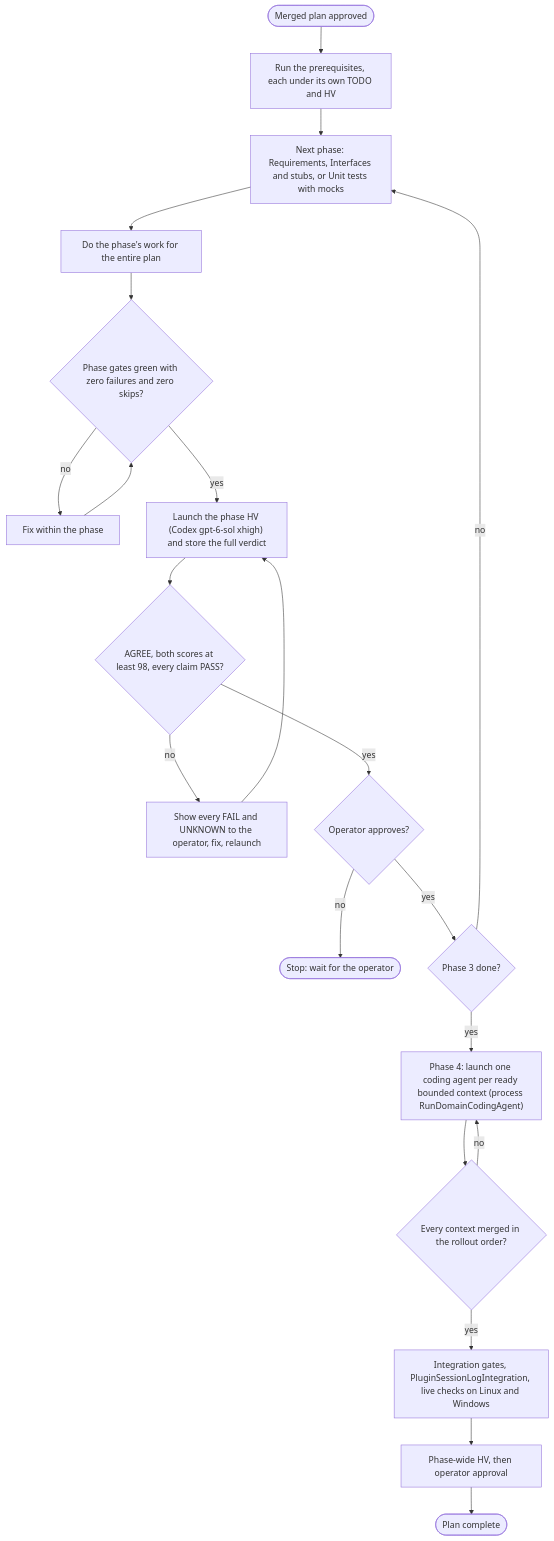
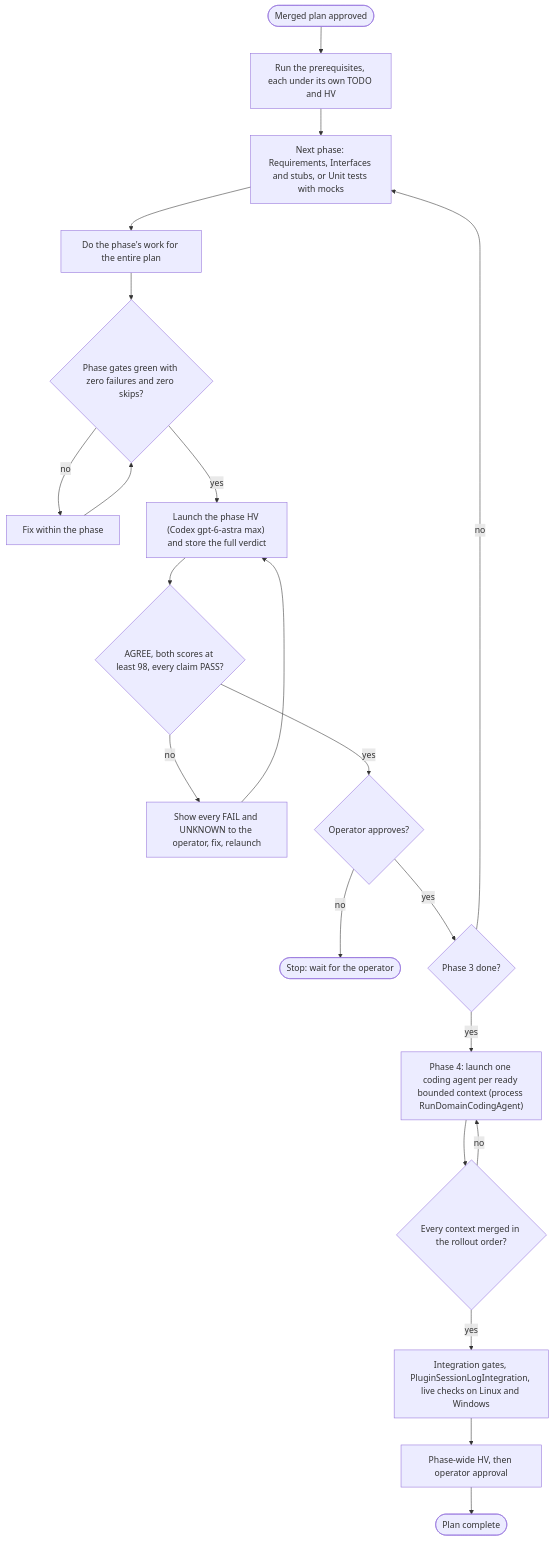
Diagram 58 of 59 in docs/Stateless-Agent-Context-Management.md (sharpninja/McpServer), drawn with Mermaid before and after one commit. The commit also changed other lines of this file and 2 other files, not shown here.

First line of the commit message:
docs: HV reviewer is Codex gpt-6-astra at effort max

````diff
--- a/docs/Stateless-Agent-Context-Management.md
+++ b/docs/Stateless-Agent-Context-Management.md
@@ -1798,23 +1798,23 @@
 ```mermaid
 flowchart TD
     S(["Merged plan approved"]) --> P0["Run the prerequisites, each under its own TODO and HV"]
     P0 --> PH["Next phase: Requirements, Interfaces and stubs, or Unit tests with mocks"]
     PH --> WK["Do the phase's work for the entire plan"]
     WK --> GT{"Phase gates green with zero failures and zero skips?"}
     GT -->|no| FX["Fix within the phase"]
     FX --> GT
-    GT -->|yes| HV["Launch the phase HV (Codex gpt-6-sol xhigh) and store the full verdict"]
+    GT -->|yes| HV["Launch the phase HV (Codex gpt-6-astra max) and store the full verdict"]
     HV --> HR{"AGREE, both scores at least 98, every claim PASS?"}
     HR -->|no| SH["Show every FAIL and UNKNOWN to the operator, fix, relaunch"]
     SH --> HV
     HR -->|yes| OA{"Operator approves?"}
     OA -->|no| WAIT(["Stop: wait for the operator"])
     OA -->|yes| MORE{"Phase 3 done?"}
     MORE -->|no| PH
     MORE -->|yes| P4["Phase 4: launch one coding agent per ready bounded context (process RunDomainCodingAgent)"]
     P4 --> ALL{"Every context merged in the rollout order?"}
     ALL -->|no| P4
     ALL -->|yes| INT["Integration gates, PluginSessionLogIntegration, live checks on Linux and Windows"]
     INT --> FHV["Phase-wide HV, then operator approval"]
     FHV --> E(["Plan complete"])
 ```
````
